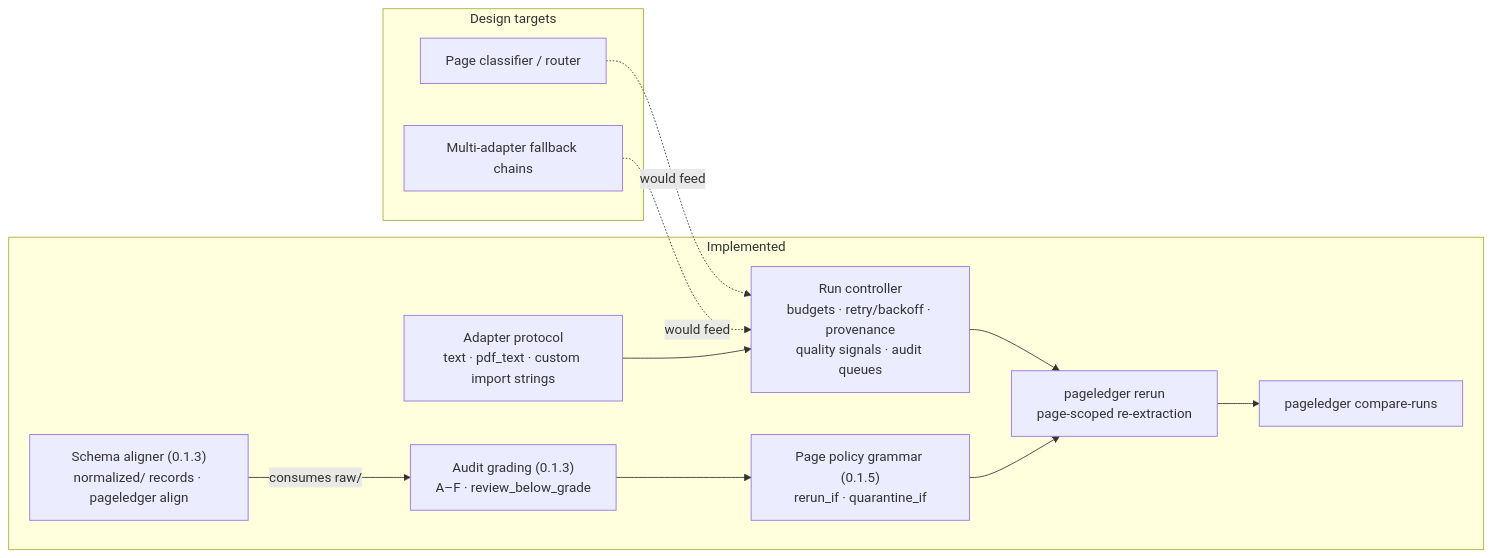
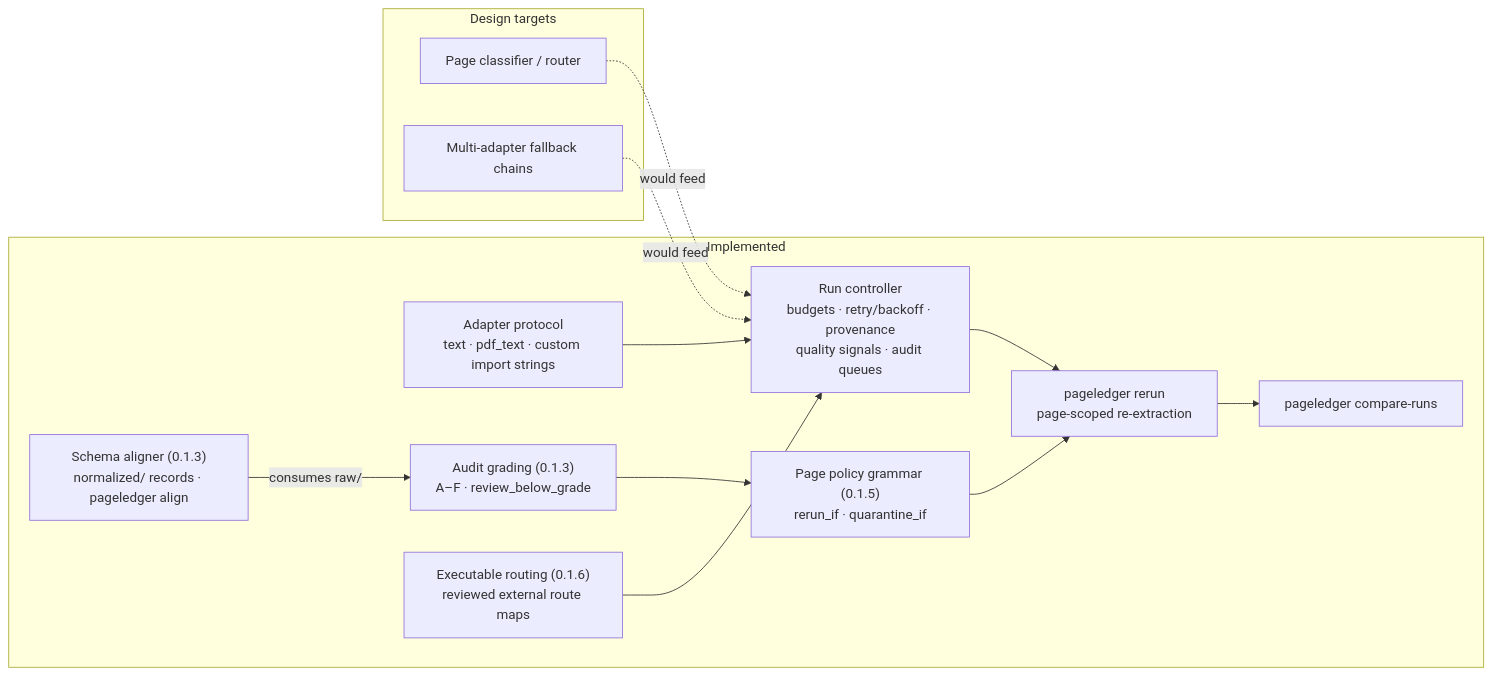
One commit to peterbussch/pageledger changed the diagram in docs/design.md. Above: the diagram before and after it, drawn with Mermaid. The commit also changed other lines of this file and 40 other files, not shown here.

````diff
--- a/docs/design.md
+++ b/docs/design.md
@@ -12,22 +13,24 @@
 ```mermaid
 flowchart LR
     subgraph Shipped["Implemented"]
         RC["Run controller<br/>budgets · retry/backoff · provenance<br/>quality signals · audit queues"]
         AP["Adapter protocol<br/>text · pdf_text · custom import strings"]
         SA["Schema aligner (0.1.3)<br/>normalized/ records · pageledger align"]
         AG["Audit grading (0.1.3)<br/>A–F · review_below_grade"]
         RIF["Page policy grammar (0.1.5)<br/>rerun_if · quarantine_if"]
+        ER["Executable routing (0.1.6)<br/>reviewed external route maps"]
         RR["pageledger rerun<br/>page-scoped re-extraction"]
         CMP["pageledger compare-runs"]
     end
     subgraph Targets["Design targets"]
         CL["Page classifier / router"]
         CHAIN["Multi-adapter fallback chains"]
     end
     CL -. "would feed" .-> RC
+    ER --> RC
     RC --> RR --> CMP
     AP --> RC
     SA -- "consumes raw/" --> AG
     AG --> RIF --> RR
     CHAIN -. "would feed" .-> RC
 ```
````
